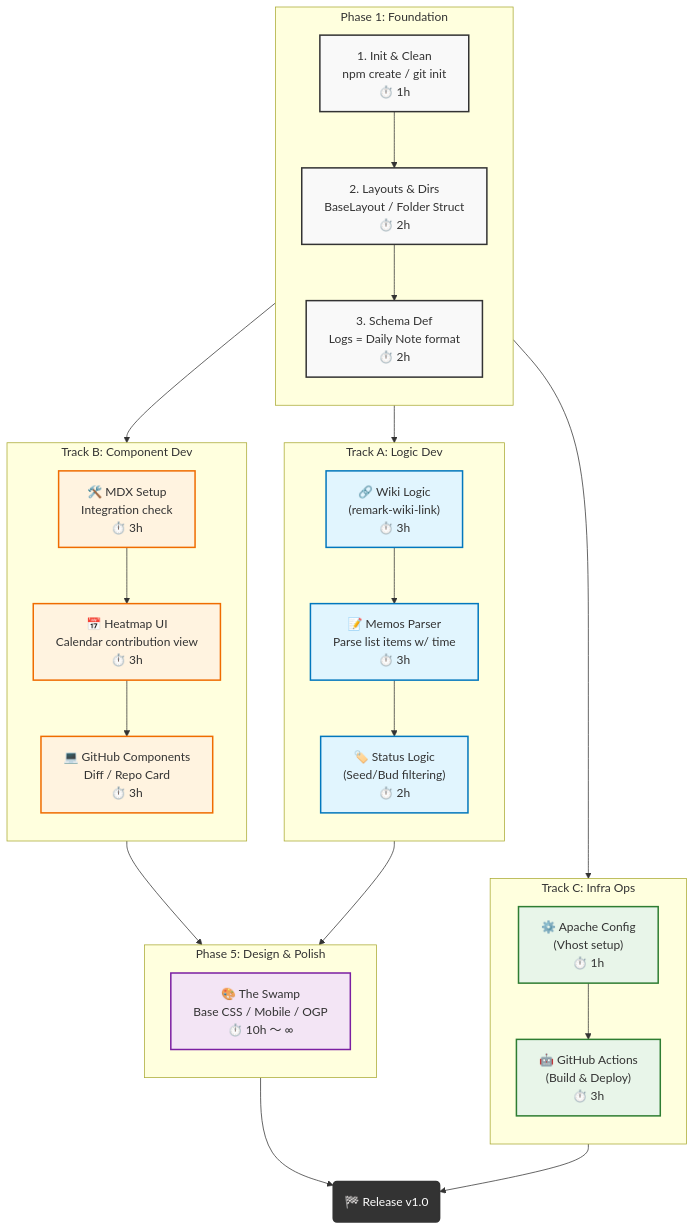
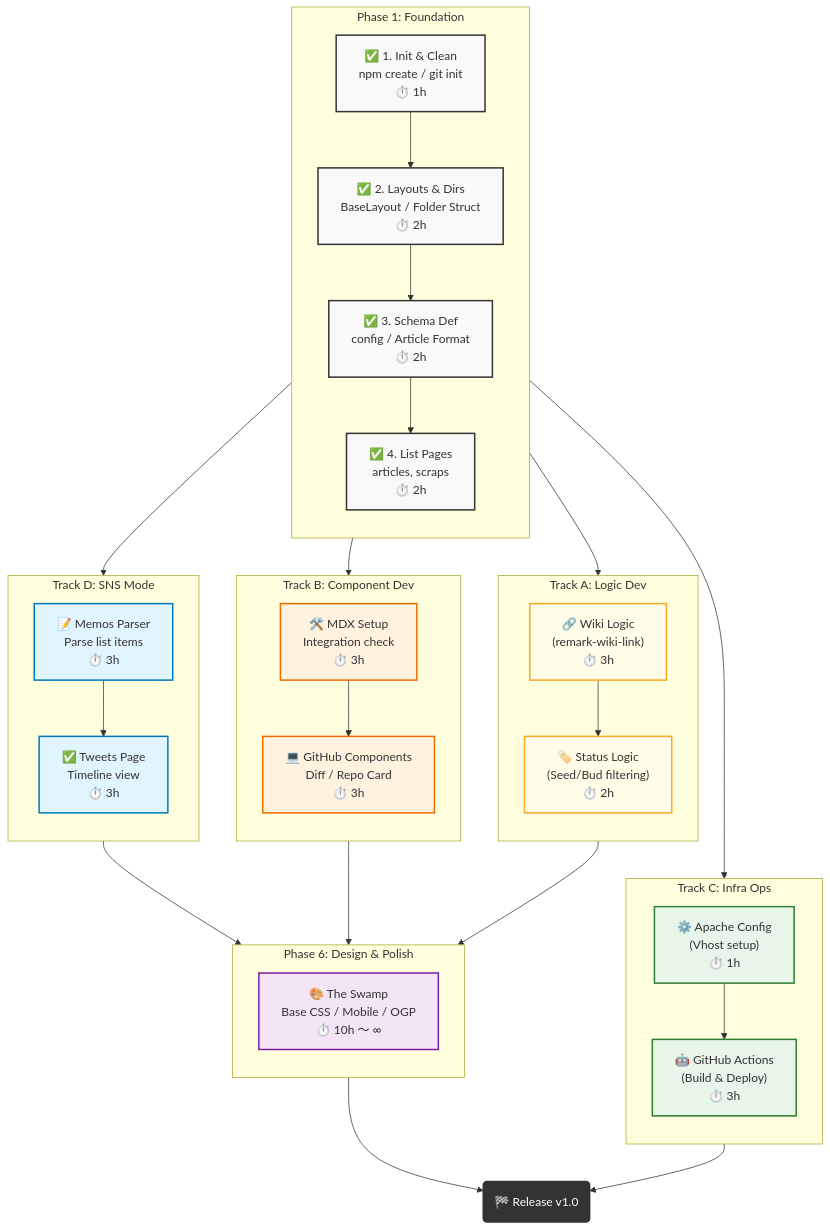
The diagram in README.md (oYAs-me/scrap-blog), drawn with Mermaid before and after one commit. The commit also changed 2 other files, not shown here.

Commit message:
list pages

````diff
--- a/README.md
+++ b/README.md
@@ -72,20 +72,22 @@
 graph TD
     %% クラス定義
     classDef base fill:#f9f9f9,stroke:#333,stroke-width:2px;
-    classDef logic fill:#e1f5fe,stroke:#0277bd,stroke-width:2px;
+    classDef logic fill:#fffde7,stroke:#f9a825,stroke-width:2px;
     classDef comp fill:#fff3e0,stroke:#ef6c00,stroke-width:2px;
     classDef design fill:#f3e5f5,stroke:#7b1fa2,stroke-width:2px;
     classDef infra fill:#e8f5e9,stroke:#2e7d32,stroke-width:2px;
+    classDef twitter fill:#e1f5fe,stroke:#0277bd,stroke-width:2px;
     classDef finish fill:#333,stroke:#333,stroke-width:2px,color:#fff;
 
     %% --- Phase 1: スタート地点 ---
     subgraph Phase1 ["Phase 1: Foundation"]
         direction TB
-        P1_Init["1. Init & Clean<br>npm create / git init<br>⏱️ 1h"]:::base
-        P1_Layout["2. Layouts & Dirs<br>BaseLayout / Folder Struct<br>⏱️ 2h"]:::base
-        P1_Schema["3. Schema Def<br>Logs = Daily Note format<br>⏱️ 2h"]:::base
+        P1_Init["✅ 1. Init & Clean<br>npm create / git init<br>⏱️ 1h"]:::base
+        P1_Layout["✅ 2. Layouts & Dirs<br>BaseLayout / Folder Struct<br>⏱️ 2h"]:::base
+        P1_Schema["✅ 3. Schema Def<br>config / Article Format<br>⏱️ 2h"]:::base
+        P1_ListPages["✅ 4. List Pages<br>articles, scraps<br>⏱️ 2h"]:::base
         
-        P1_Init --> P1_Layout --> P1_Schema
+        P1_Init --> P1_Layout --> P1_Schema --> P1_ListPages
     end
 
     %% --- 並行開発パート ---
@@ -94,20 +96,18 @@
     subgraph TrackLogic ["Track A: Logic Dev"]
         direction TB
         P2_Wiki["🔗 Wiki Logic<br>(remark-wiki-link)<br>⏱️ 3h"]:::logic
-        P2_Memos["📝 Memos Parser<br>Parse list items w/ time<br>⏱️ 3h"]:::logic
         P2_Status["🏷️ Status Logic<br>(Seed/Bud filtering)<br>⏱️ 2h"]:::logic
         
-        P2_Wiki --> P2_Memos --> P2_Status
+        P2_Wiki --> P2_Status
     end
 
     %% Track B: コンポーネント開発 (Updated for Heatmap)
     subgraph TrackComp ["Track B: Component Dev"]
         direction TB
         P3_MDX["🛠️ MDX Setup<br>Integration check<br>⏱️ 3h"]:::comp
-        P3_Heatmap["📅 Heatmap UI<br>Calendar contribution view<br>⏱️ 3h"]:::comp
         P3_Diff["💻 GitHub Components<br>Diff / Repo Card<br>⏱️ 3h"]:::comp
         
-        P3_MDX --> P3_Heatmap --> P3_Diff
+        P3_MDX --> P3_Diff
     end
 
     %% Track C: インフラ構築
@@ -119,24 +119,36 @@
         P4_Apache --> P4_CI
     end
 
-    %% --- Phase 5: 合流と仕上げ ---
-    subgraph Phase5 ["Phase 5: Design & Polish"]
+    %% Track D: SNSモード開発
+    subgraph TrackTwitter ["Track D: SNS Mode"]
         direction TB
-        P5_Design["🎨 The Swamp<br>Base CSS / Mobile / OGP<br>⏱️ 10h 〜 ∞"]:::design
+        P5_Memos["📝 Memos Parser<br>Parse list items<br>⏱️ 3h"]:::twitter
+        P5_Tweets["✅ Tweets Page<br>Timeline view<br>⏱️ 3h"]:::twitter
+
+        P5_Memos --> P5_Tweets
+    end
+
+    %% --- Phase 6: 合流と仕上げ ---
+    subgraph Phase6 ["Phase 6: Design & Polish"]
+        direction TB
+        P6_Design["🎨 The Swamp<br>Base CSS / Mobile / OGP<br>⏱️ 10h 〜 ∞"]:::design
     end
 
     Goal(🏁 Release v1.0):::finish
 
     %% 依存関係
-    P1_Schema --> P2_Wiki
-    P1_Schema --> P3_MDX
-    P1_Schema --> P4_Apache
+    P1_ListPages --> P2_Wiki
+    P1_ListPages --> P3_MDX
+    P1_ListPages --> P4_Apache
+    P1_Schema --> P5_Memos
 
     %% 合流
-    P2_Status --> P5_Design
-    P3_Diff --> P5_Design
+    P2_Status --> P6_Design
+    P3_Diff --> P6_Design
+    P5_Tweets --> P6_Design
     
     %% リリース条件
     P4_CI --> Goal
-    P5_Design --> Goal
+    P6_Design --> Goal
+
 ```
````
